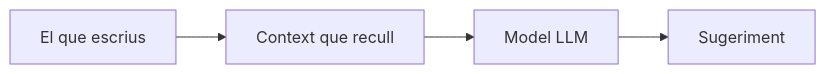
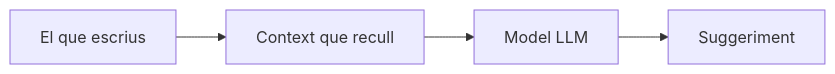
The diagram in docs/ba1/teoria/07-copilot-fonaments.md (victordomgs/ProgramacioIADAW), drawn with Mermaid before and after one commit.

Commit message:
Fix typo in flowchart suggestion label

````diff
--- a/docs/ba1/teoria/07-copilot-fonaments.md
+++ b/docs/ba1/teoria/07-copilot-fonaments.md
@@ -29,4 +29,4 @@
 ```mermaid
 flowchart LR
-    A[El que escrius] --> B[Context que recull] --> C[Model LLM] --> D[Sugeriment]
+    A[El que escrius] --> B[Context que recull] --> C[Model LLM] --> D[Suggeriment]
 ```
````
